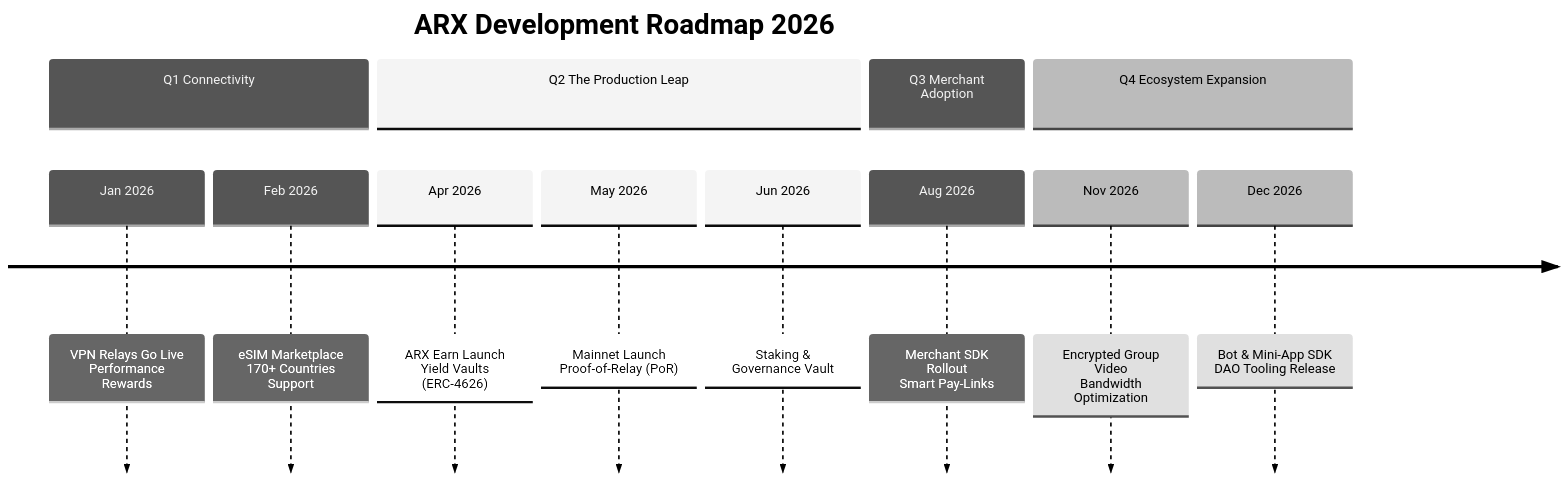
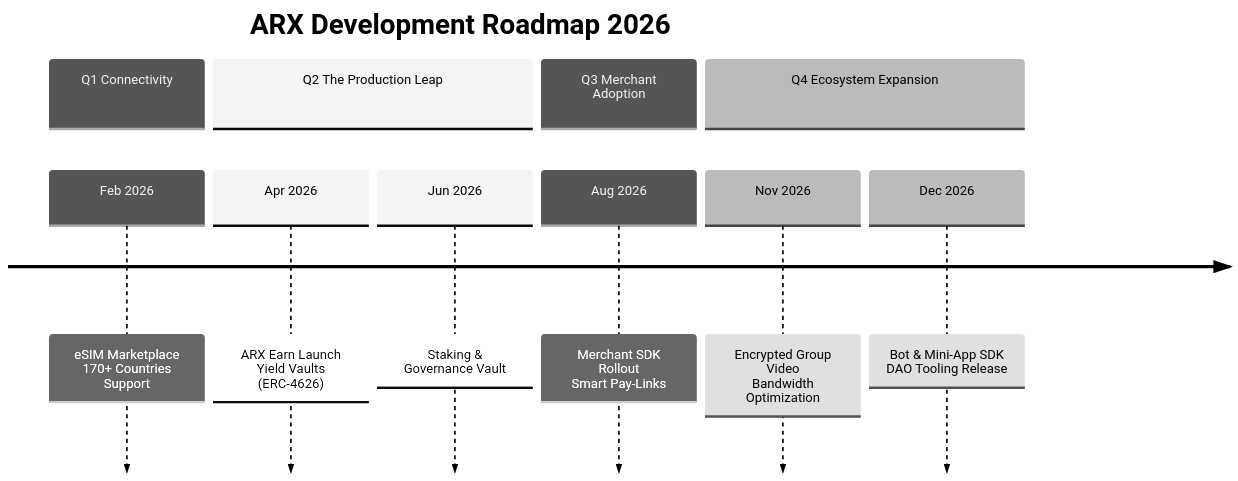
One commit to unusnullus/docs-xmtp-org changed the diagram in gitbook/home/10-roadmap/10.1-development-timeline.md. Above: the diagram before and after it, drawn with Mermaid. The commit also changed other lines of this file and 32 other files, not shown here.

````diff
--- a/gitbook/home/10-roadmap/10.1-development-timeline.md
+++ b/gitbook/home/10-roadmap/10.1-development-timeline.md
@@ -27,33 +25,31 @@
 ```mermaid
 %%{init: {
   'theme': 'neutral',
   'themeVariables': {
     'darkMode': true,
     'background': '#2c2c2c',
     'mainBkg': '#2c2c2c',
     'primaryColor': '#2B3648',
     'primaryTextColor': '#fefeff',
     'secondaryColor': '#7858ff',
     'secondaryTextColor': '#fefeff',
     'tertiaryColor': '#346ddb',
     'tertiaryTextColor': '#fefeff',
     'lineColor': '#7858ff',
     'nodeBorder': '#346ddb',
     'titleColor': '#fefeff'
   }
 }}%%
 timeline
     title ARX Development Roadmap 2026
     section Q1 Connectivity
-        Jan 2026 : VPN Relays Go Live <br> Performance Rewards
         Feb 2026 : eSIM Marketplace <br> 170+ Countries Support
     section Q2 The Production Leap
         Apr 2026 : ARX Earn Launch <br> Yield Vaults (ERC-4626)
-        May 2026 : Mainnet Launch <br> Proof-of-Relay (PoR)
         Jun 2026 : Staking & Governance Vault
     section Q3 Merchant Adoption
         Aug 2026 : Merchant SDK Rollout <br> Smart Pay-Links
     section Q4 Ecosystem Expansion
         Nov 2026 : Encrypted Group Video <br> Bandwidth Optimization
         Dec 2026 : Bot & Mini-App SDK <br> DAO Tooling Release
 ```
````
